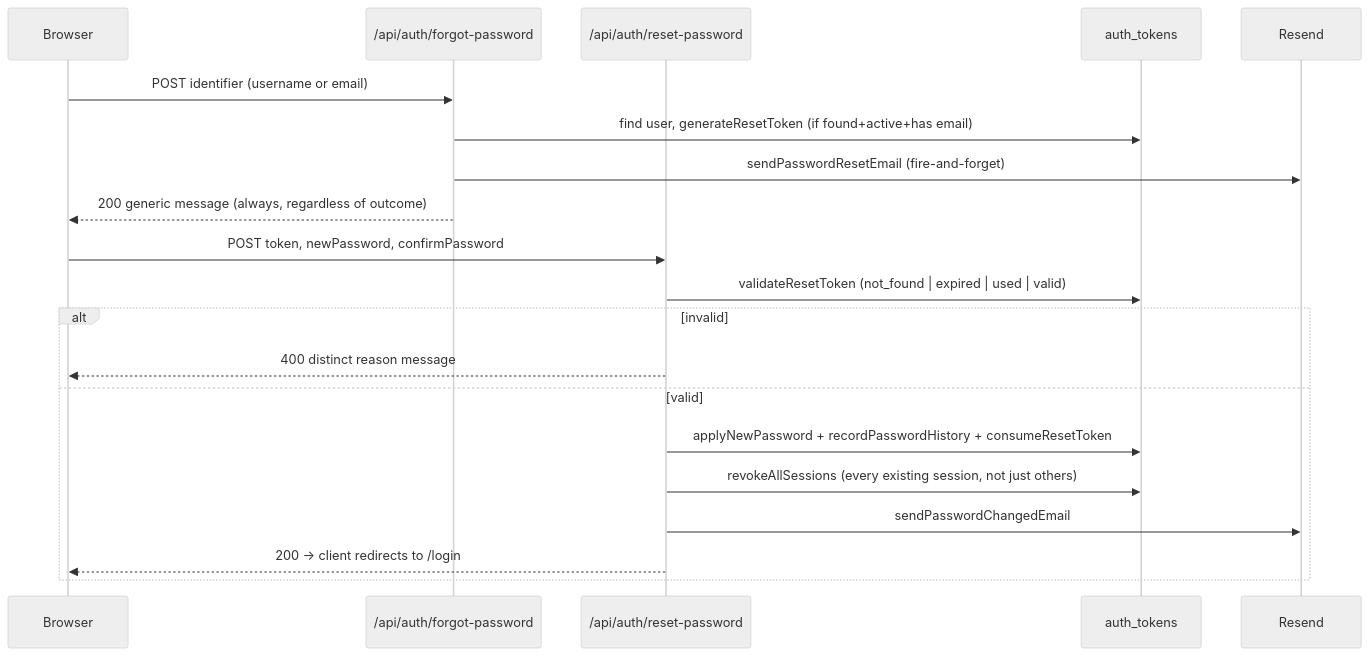
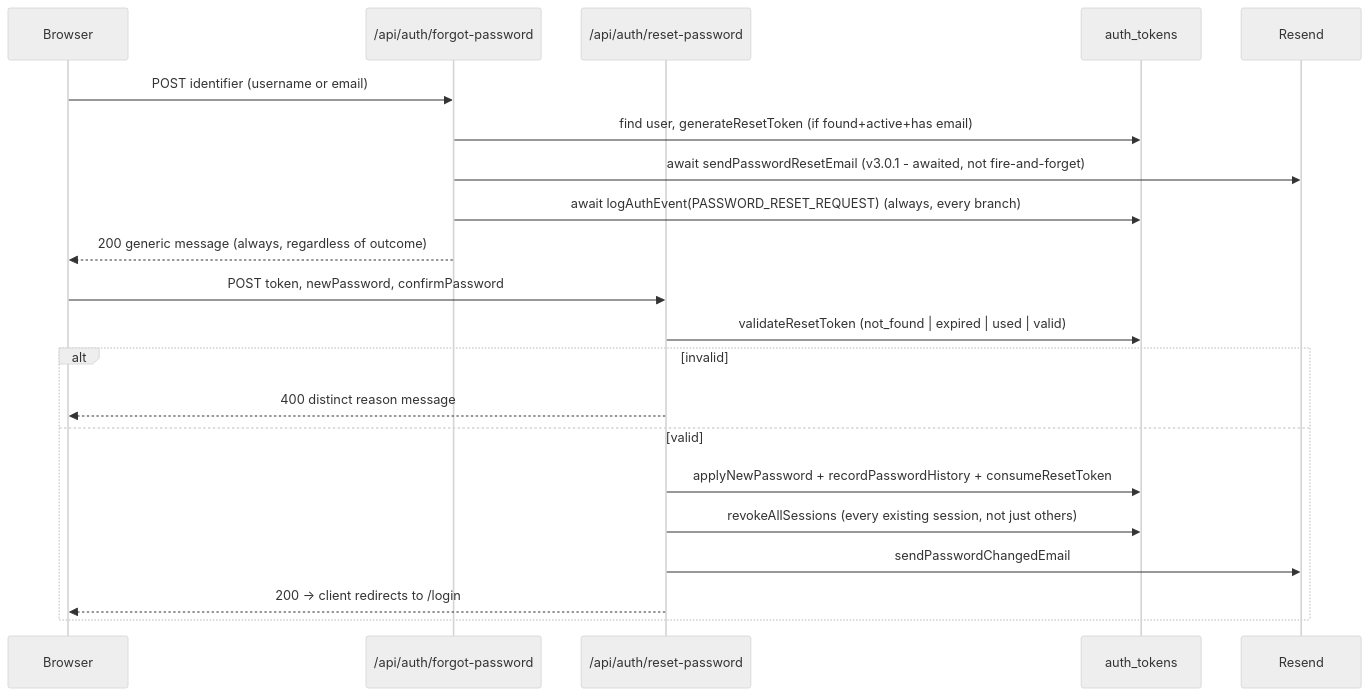
One commit to patamin-lab/mqr-mahindra changed the third of 4 diagrams in docs/architecture/AUTHENTICATION_PLATFORM.md. Above: the diagram before and after it, drawn with Mermaid (neutral theme). The commit also changed other lines of this file and 28 other files, not shown here.

First line of the commit message:
fix(auth): v3.0.1 reliability patch - fire-and-forget, email provider result, Email Health (#35)

````diff
--- a/docs/architecture/AUTHENTICATION_PLATFORM.md
+++ b/docs/architecture/AUTHENTICATION_PLATFORM.md
@@ -157,24 +223,25 @@
 ```mermaid
 sequenceDiagram
     participant B as Browser
     participant F as /api/auth/forgot-password
     participant Rs as /api/auth/reset-password
     participant D as auth_tokens
     participant E as Resend
 
     B->>F: POST identifier (username or email)
     F->>D: find user, generateResetToken (if found+active+has email)
-    F->>E: sendPasswordResetEmail (fire-and-forget)
+    F->>E: await sendPasswordResetEmail (v3.0.1 - awaited, not fire-and-forget)
+    F->>D: await logAuthEvent(PASSWORD_RESET_REQUEST) (always, every branch)
     F-->>B: 200 generic message (always, regardless of outcome)
 
     B->>Rs: POST token, newPassword, confirmPassword
     Rs->>D: validateResetToken (not_found | expired | used | valid)
     alt invalid
         Rs-->>B: 400 distinct reason message
     else valid
         Rs->>D: applyNewPassword + recordPasswordHistory + consumeResetToken
         Rs->>D: revokeAllSessions (every existing session, not just others)
         Rs->>E: sendPasswordChangedEmail
         Rs-->>B: 200 → client redirects to /login
     end
 ```
````
